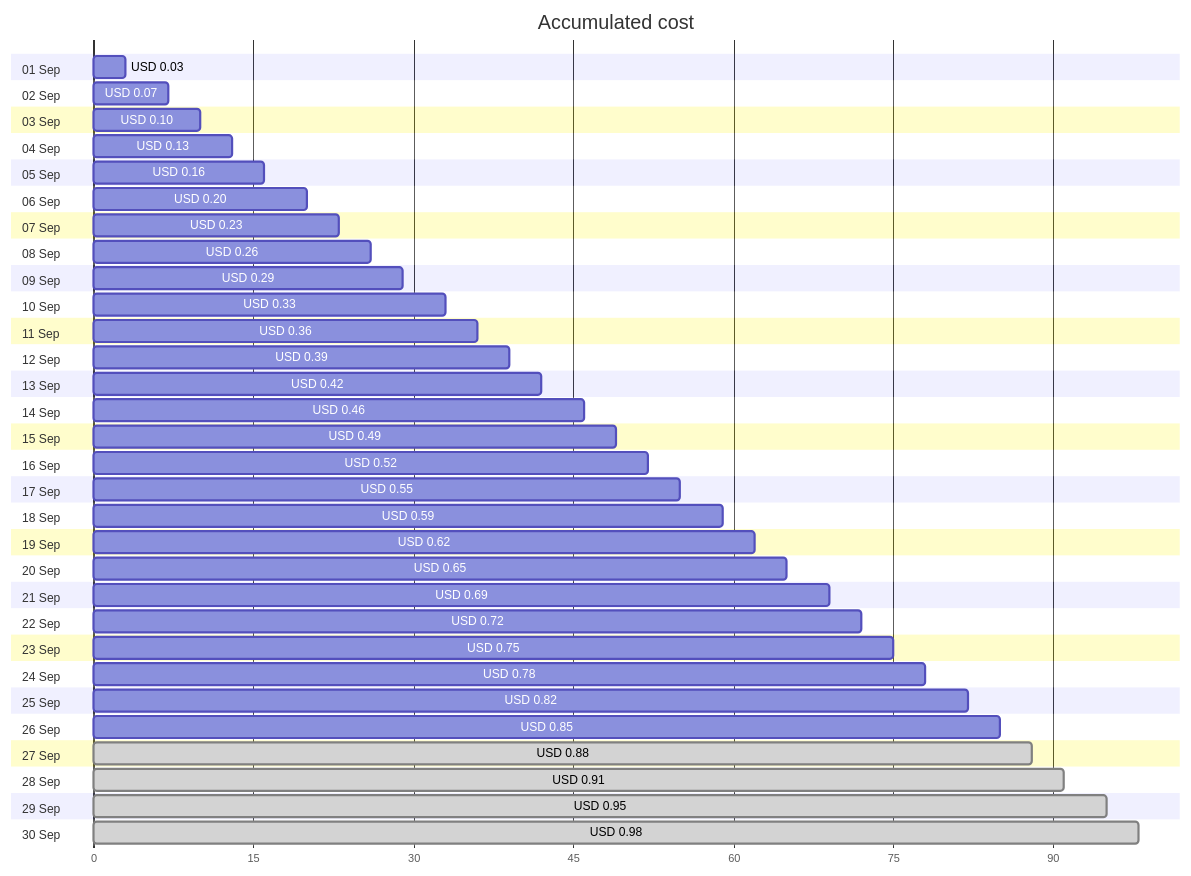
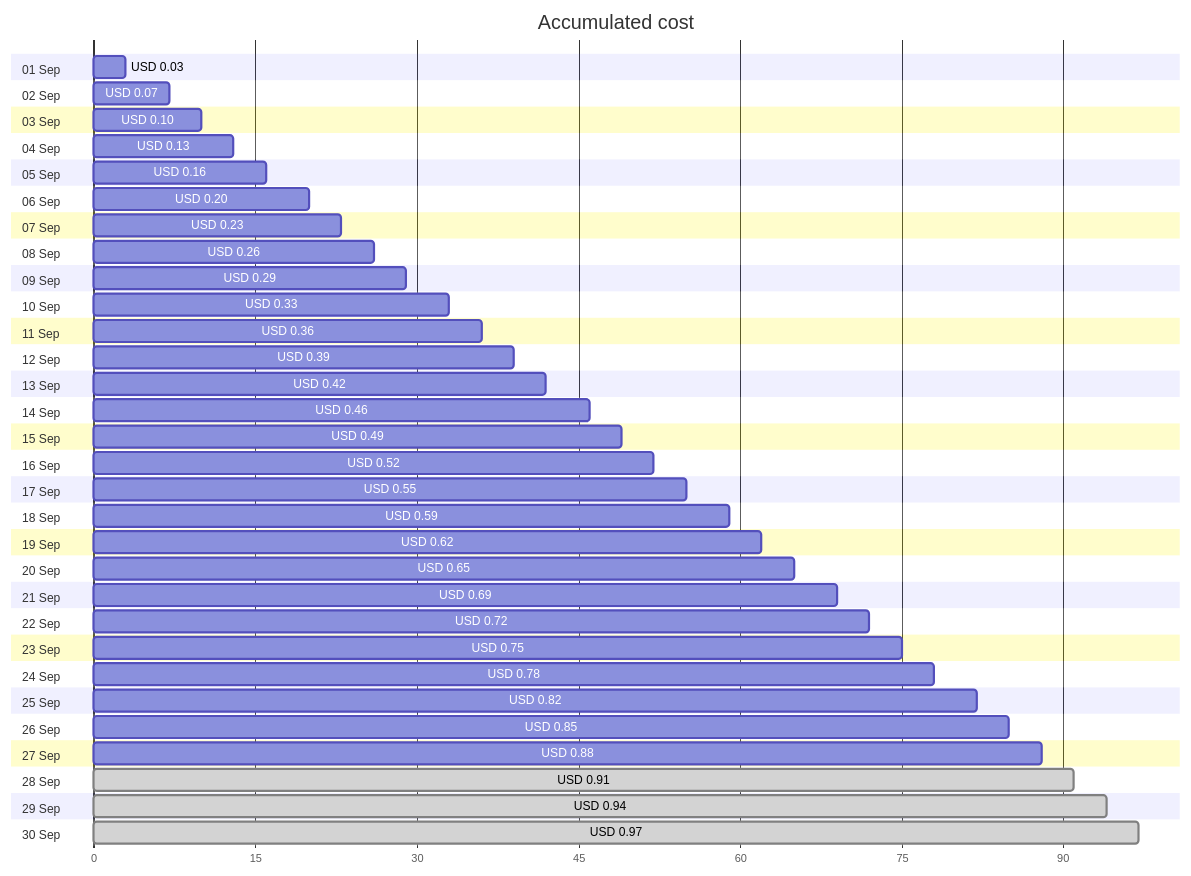
One commit to jpfulton/azure-personal-reports changed the first of 4 diagrams in cost-reports/personal-dns/README.md. Above: the diagram before and after it, drawn with Mermaid. The commit also changed other lines of this file and 2 other files, not shown here.

````diff
--- a/cost-reports/personal-dns/README.md
+++ b/cost-reports/personal-dns/README.md
@@ -20,66 +20,66 @@
 ```mermaid
 gantt
    title Accumulated cost
    dateFormat  X
    axisFormat %s
    section 01 Sep
    USD 0.03 :0, 3
    section 02 Sep
    USD 0.07 :0, 7
    section 03 Sep
    USD 0.10 :0, 10
    section 04 Sep
    USD 0.13 :0, 13
    section 05 Sep
    USD 0.16 :0, 16
    section 06 Sep
    USD 0.20 :0, 20
    section 07 Sep
    USD 0.23 :0, 23
    section 08 Sep
    USD 0.26 :0, 26
    section 09 Sep
    USD 0.29 :0, 29
    section 10 Sep
    USD 0.33 :0, 33
    section 11 Sep
    USD 0.36 :0, 36
    section 12 Sep
    USD 0.39 :0, 39
    section 13 Sep
    USD 0.42 :0, 42
    section 14 Sep
    USD 0.46 :0, 46
    section 15 Sep
    USD 0.49 :0, 49
    section 16 Sep
    USD 0.52 :0, 52
    section 17 Sep
    USD 0.55 :0, 55
    section 18 Sep
    USD 0.59 :0, 59
    section 19 Sep
    USD 0.62 :0, 62
    section 20 Sep
    USD 0.65 :0, 65
    section 21 Sep
    USD 0.69 :0, 69
    section 22 Sep
    USD 0.72 :0, 72
    section 23 Sep
    USD 0.75 :0, 75
    section 24 Sep
    USD 0.78 :0, 78
    section 25 Sep
    USD 0.82 :0, 82
    section 26 Sep
    USD 0.85 :0, 85
    section 27 Sep
-   USD 0.88 : done, 0, 88
+   USD 0.88 :0, 88
    section 28 Sep
    USD 0.91 : done, 0, 91
    section 29 Sep
-   USD 0.95 : done, 0, 95
+   USD 0.94 : done, 0, 94
    section 30 Sep
-   USD 0.98 : done, 0, 98
+   USD 0.97 : done, 0, 97
 ```
````
